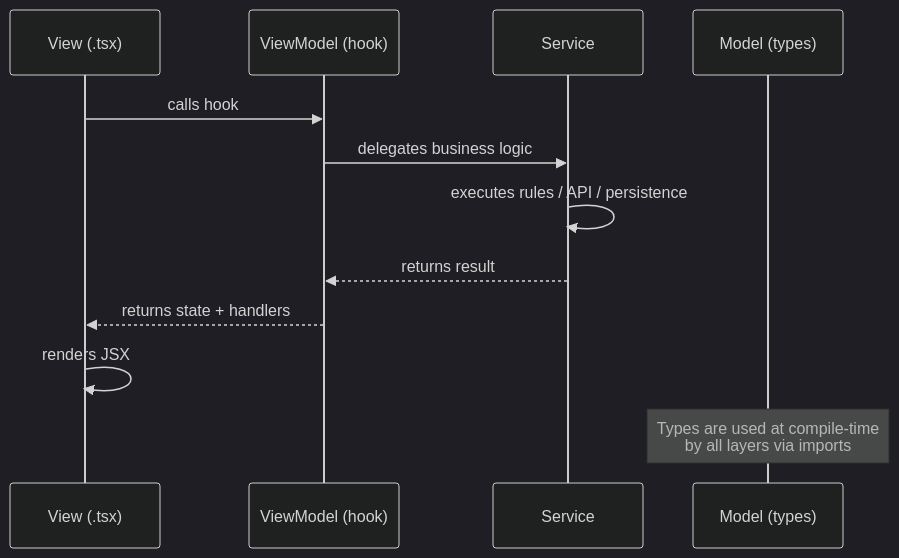
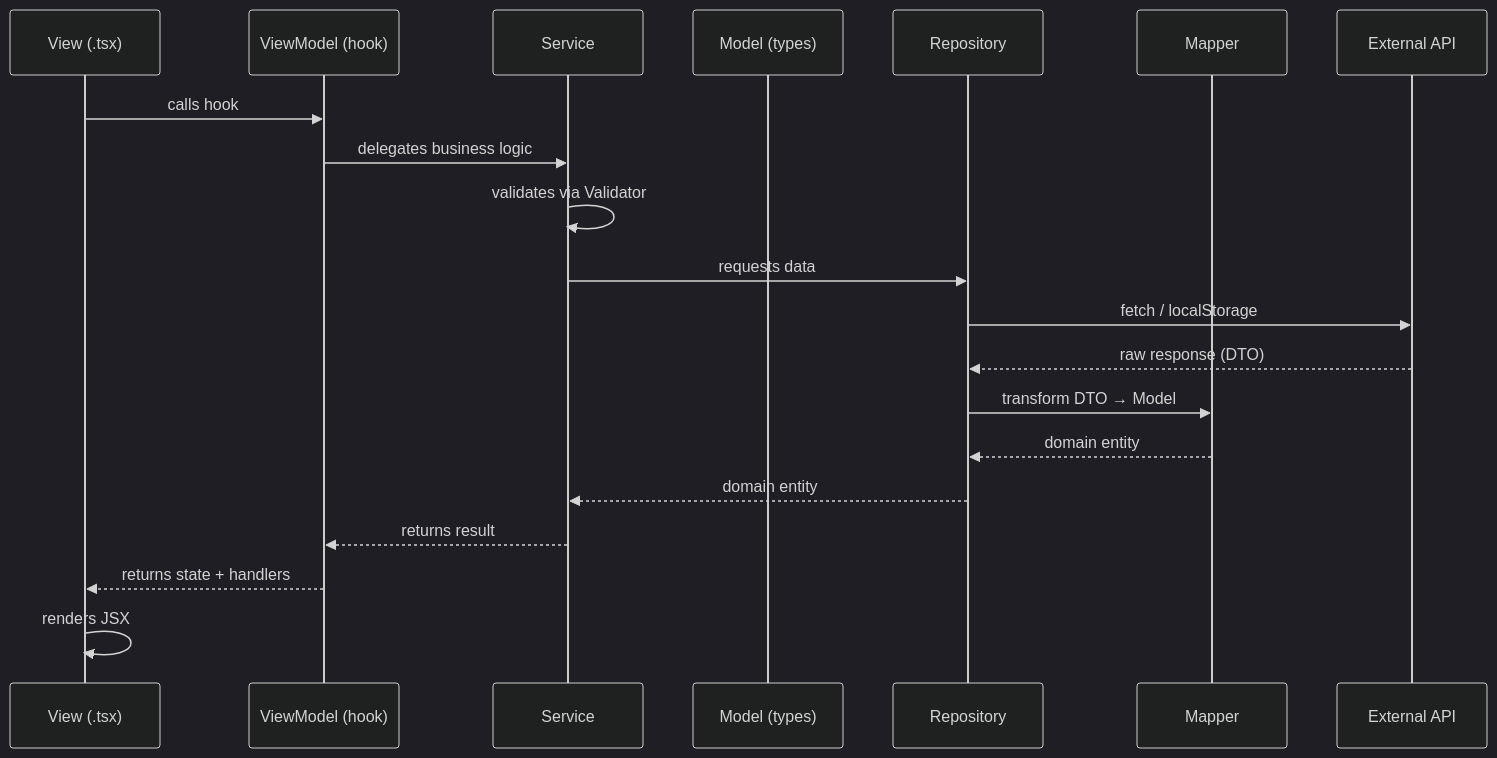
One commit to luciancaetano/startercraft changed the third of 3 diagrams in docs/domain-layer.md. Above: the diagram before and after it, drawn with Mermaid (dark theme). The commit also changed other lines of this file and 7 other files, not shown here.

Commit message:
docs: :memo: update Copilot instructions and domain layer documentation; add new architecture details and project overview

````diff
--- a/docs/domain-layer.md
+++ b/docs/domain-layer.md
@@ -62,16 +93,24 @@
 ```mermaid
 sequenceDiagram
   participant V as View (.tsx)
   participant VM as ViewModel (hook)
   participant S as Service
   participant M as Model (types)
 
+  participant R as Repository
+  participant MAP as Mapper
+  participant API as External API
+
   V->>VM: calls hook
   VM->>S: delegates business logic
-  S->>S: executes rules / API / persistence
+  S->>S: validates via Validator
+  S->>R: requests data
+  R->>API: fetch / localStorage
+  API-->>R: raw response (DTO)
+  R->>MAP: transform DTO → Model
+  MAP-->>R: domain entity
+  R-->>S: domain entity
   S-->>VM: returns result
   VM-->>V: returns state + handlers
   V->>V: renders JSX
-
-  Note over M: Types are used at compile-time<br/>by all layers via imports
 ```
````
